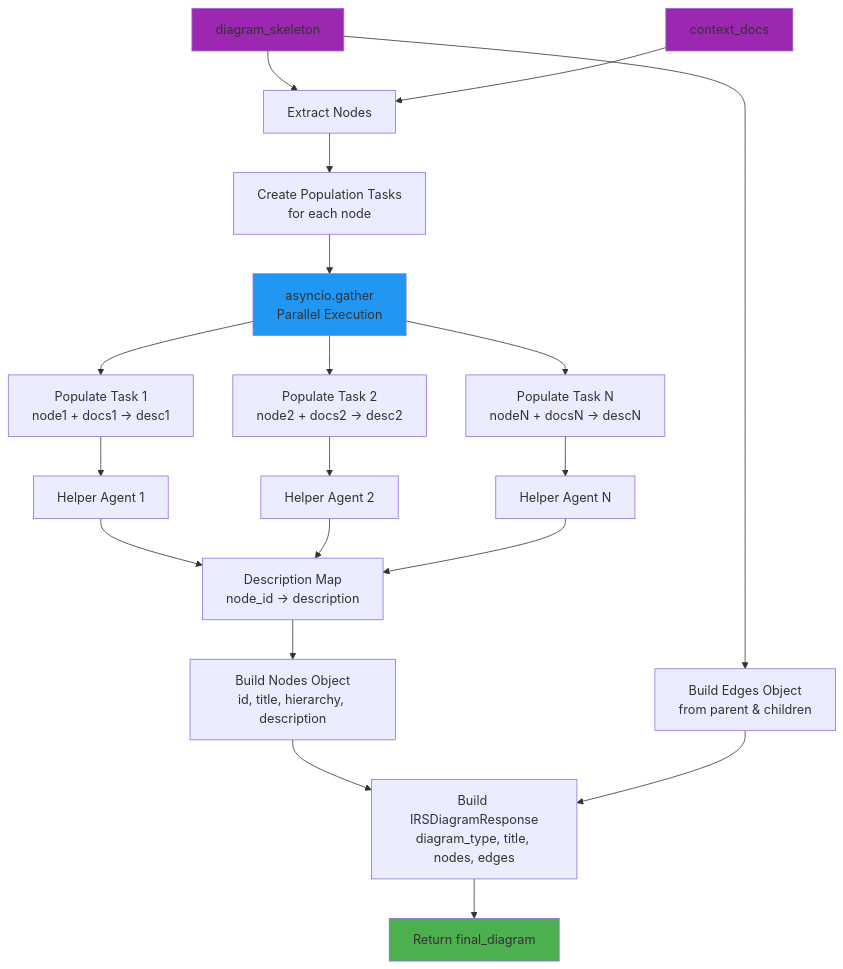
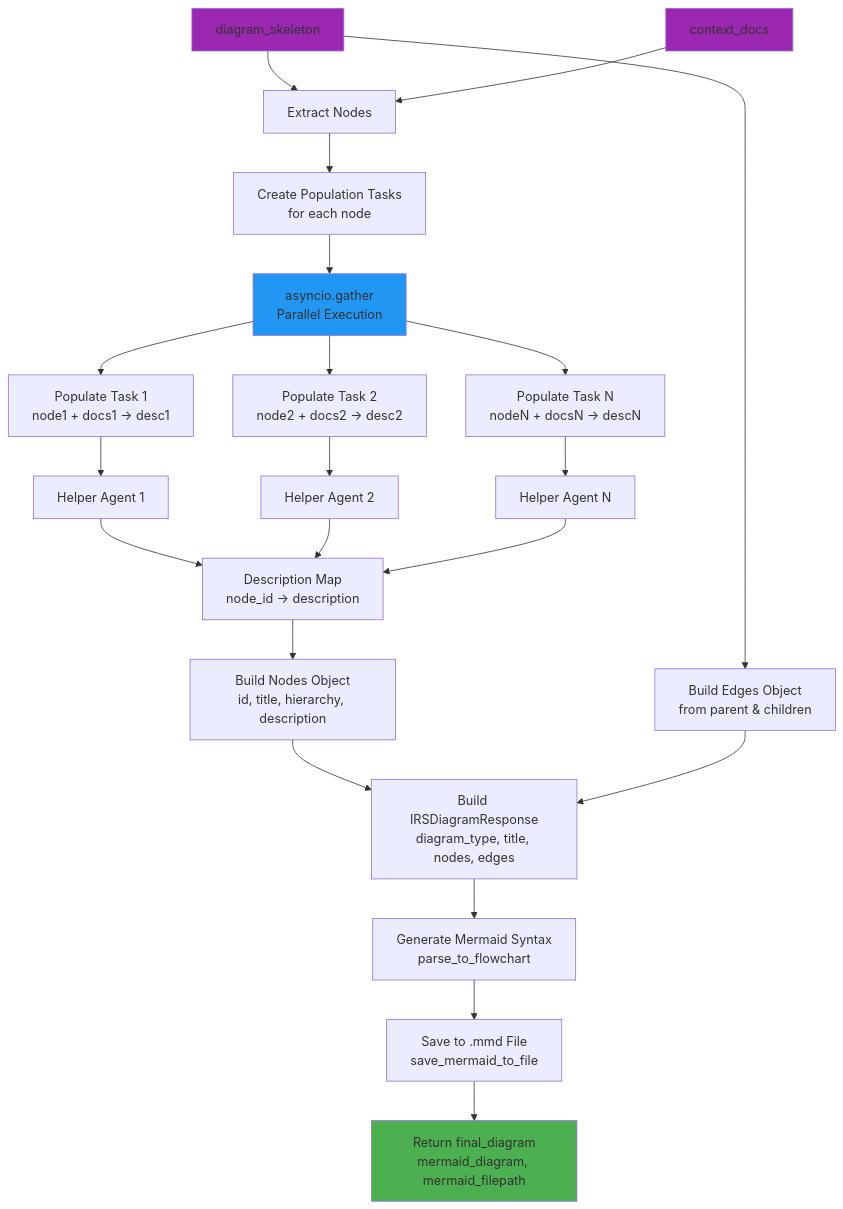
One commit to h19overflow/diagram_maker changed the eighth of 10 diagrams in README.md. Above: the diagram before and after it, drawn with Mermaid. The commit also changed other lines of this file, not shown here.

````diff
--- a/README.md
+++ b/README.md
@@ -407,31 +408,33 @@
 ```mermaid
 flowchart TD
     Input1[diagram_skeleton] --> Extract[Extract Nodes]
     Input2[context_docs] --> Extract
     Extract --> Tasks[Create Population Tasks<br/>for each node]
     Tasks --> Parallel[asyncio.gather<br/>Parallel Execution]
 
     Parallel --> Task1[Populate Task 1<br/>node1 + docs1 → desc1]
     Parallel --> Task2[Populate Task 2<br/>node2 + docs2 → desc2]
     Parallel --> TaskN[Populate Task N<br/>nodeN + docsN → descN]
 
     Task1 --> HelperAgent1[Helper Agent 1]
     Task2 --> HelperAgent2[Helper Agent 2]
     TaskN --> HelperAgentN[Helper Agent N]
 
     HelperAgent1 --> Descriptions[Description Map<br/>node_id → description]
     HelperAgent2 --> Descriptions
     HelperAgentN --> Descriptions
 
     Descriptions --> BuildNodes[Build Nodes Object<br/>id, title, hierarchy, description]
     Input1 --> BuildEdges[Build Edges Object<br/>from parent & children]
 
     BuildNodes --> BuildDiagram[Build IRSDiagramResponse<br/>diagram_type, title, nodes, edges]
     BuildEdges --> BuildDiagram
-    BuildDiagram --> Output[Return final_diagram]
+    BuildDiagram --> MermaidGen[Generate Mermaid Syntax<br/>parse_to_flowchart]
+    MermaidGen --> SaveFile[Save to .mmd File<br/>save_mermaid_to_file]
+    SaveFile --> Output[Return final_diagram<br/>mermaid_diagram, mermaid_filepath]
 
     style Input1 fill:#9C27B0
     style Input2 fill:#9C27B0
     style Output fill:#4CAF50
     style Parallel fill:#2196F3
 ```
````
